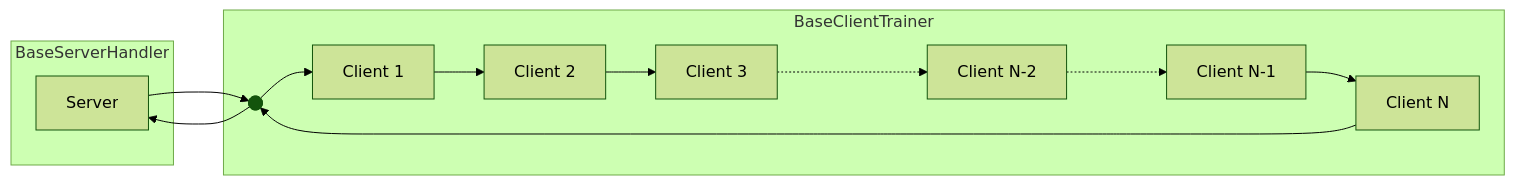
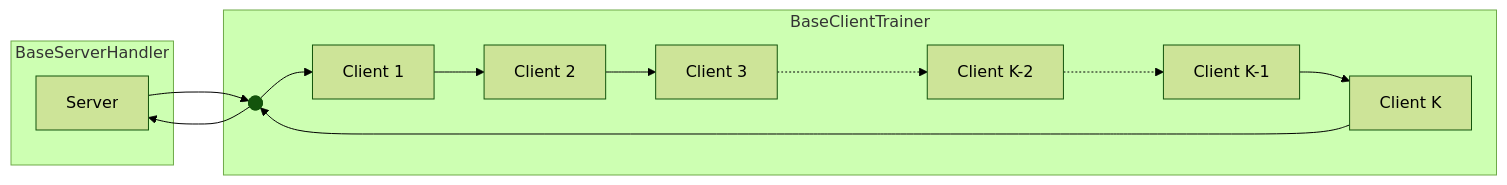
Before and after one commit to blazefl/blazefl: the first of 3 diagrams in README.md, drawn with Mermaid (forest theme). The commit also changed other lines of this file, not shown here.

Commit message:
docs: replace N with K in mermaid diagrams

````diff
--- a/README.md
+++ b/README.md
@@ -34,17 +34,17 @@
 ```mermaid
 graph LR
     subgraph "`BaseServerHandler`"
       STS[Server]
     end
     subgraph "BaseClientTrainer"
       STJ@{ shape: f-circ, label: "Junction" } --> ST1[Client 1]
       ST1 --> ST2[Client 2]
       ST2 --> ST3[Client 3]
-      ST3 -...-> STN-2[Client N-2]
-      STN-2 -..-> STN-1[Client N-1]
-      STN-1 --> STN[Client N]
+      ST3 -...-> STK-2[Client K-2]
+      STK-2 -..-> STK-1[Client K-1]
+      STK-1 --> STK[Client K]
     end
-    STN --> STJ
+    STK --> STJ
     STJ --> STS
     STS --> STJ
 ```
````
